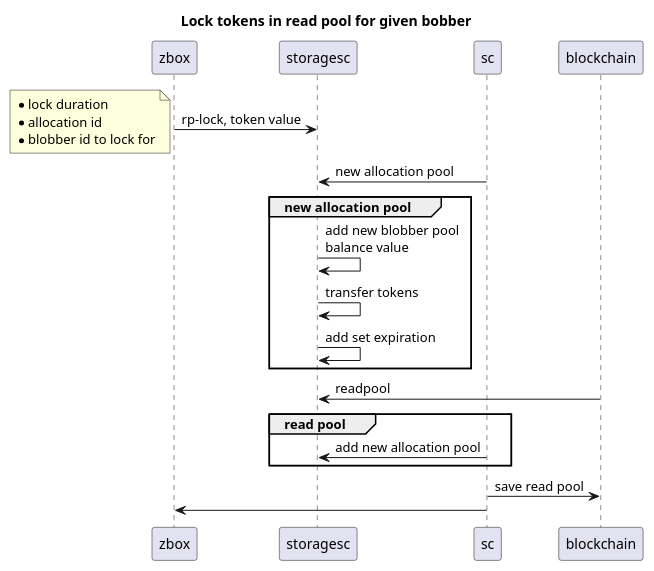
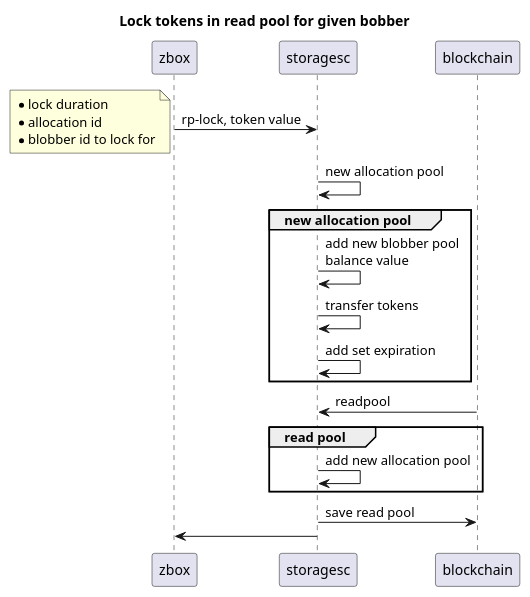
One commit to 0chain/zboxcli changed diagram 27 of 32 in documents/uml.md. Above: the diagram before and after it, drawn with PlantUML. The commit also changed other lines of this file and 1 other file, not shown here.

````diff
--- a/documents/uml.md
+++ b/documents/uml.md
@@ -632,21 +640,21 @@
 ```puml
 title Lock tokens in read pool for given bobber
 zbox ->storagesc: rp-lock, token value
 note left
     * lock duration
     * allocation id
     * blobber id to lock for
 end note 
-sc ->storagesc: new allocation pool
+storagesc ->storagesc: new allocation pool
 group new allocation pool
    storagesc->storagesc: add new blobber pool\nbalance value
    storagesc->storagesc: transfer tokens
    storagesc->storagesc: add set expiration
 end
 blockchain ->storagesc: readpool
 group read pool
-sc ->storagesc: add new allocation pool
+storagesc ->storagesc: add new allocation pool
 end 
-sc -> blockchain : save read pool
-sc -> zbox
+storagesc -> blockchain : save read pool
+storagesc -> zbox
 ```
````
